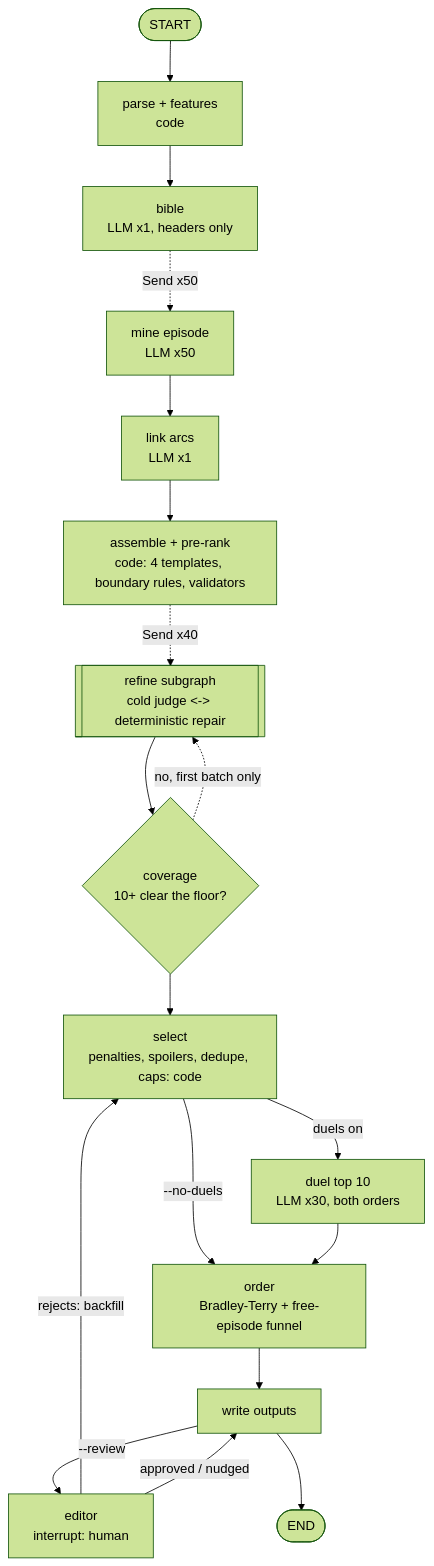
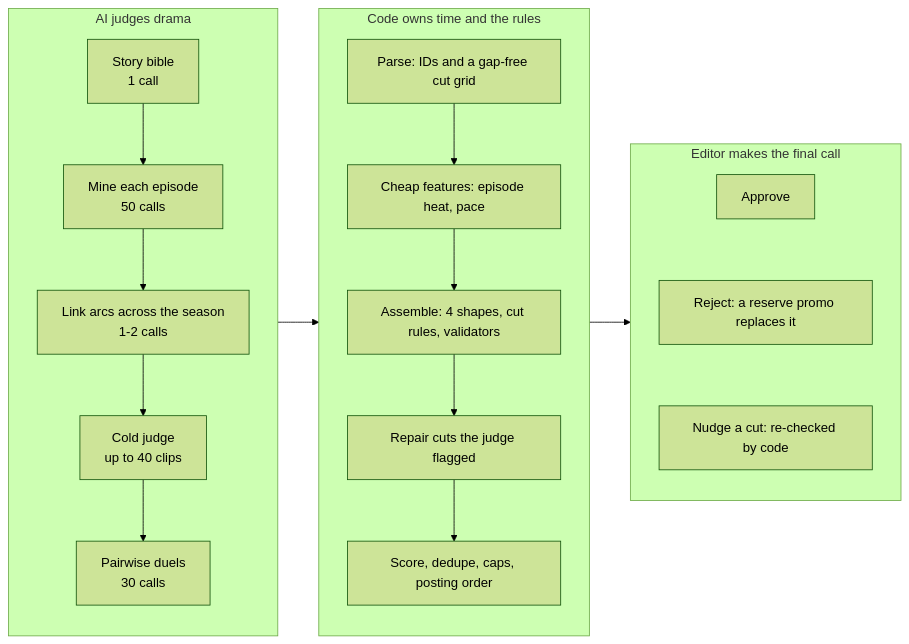
Before and after one commit to rana-jatin/promo-finder: the first of 7 diagrams in README.md, drawn with Mermaid (forest theme). The commit also changed other lines of this file, not shown here.

````diff
--- a/README.md
+++ b/README.md
@@ -95,19 +109,16 @@
 ```mermaid
-flowchart TD
-    S([START]) --> parse["parse + features<br/>code"]
-    parse --> bible["bible<br/>LLM x1, headers only"]
-    bible -.->|"Send x50"| mine["mine episode<br/>LLM x50"]
-    mine --> link["link arcs<br/>LLM x1"]
-    link --> assemble["assemble + pre-rank<br/>code: 4 templates, boundary rules, validators"]
-    assemble -.->|"Send x40"| refine[["refine subgraph<br/>cold judge <-> deterministic repair"]]
-    refine --> coverage{"coverage<br/>10+ clear the floor?"}
-    coverage -.->|"no, first batch only"| refine
-    coverage --> select["select<br/>penalties, spoilers, dedupe, caps: code"]
-    select -->|duels on| duel["duel top 10<br/>LLM x30, both orders"]
-    select -->|--no-duels| order["order<br/>Bradley-Terry + free-episode funnel"]
-    duel --> order --> write["write outputs"]
-    write -->|--review| editor["editor<br/>interrupt: human"]
-    editor -->|rejects: backfill| select
-    editor -->|approved / nudged| write
-    write --> E([END])
+flowchart LR
+    subgraph AI["AI judges drama"]
+        direction TB
+        a1["Story bible<br/>1 call"] --> a2["Mine each episode<br/>50 calls"] --> a3["Link arcs across the season<br/>1-2 calls"] --> a4["Cold judge<br/>up to 40 clips"] --> a5["Pairwise duels<br/>30 calls"]
+    end
+    subgraph CODE["Code owns time and the rules"]
+        direction TB
+        c1["Parse: IDs and a gap-free cut grid"] --> c2["Cheap features: episode heat, pace"] --> c3["Assemble: 4 shapes, cut rules, validators"] --> c4["Repair cuts the judge flagged"] --> c5["Score, dedupe, caps, posting order"]
+    end
+    subgraph HUMAN["Editor makes the final call"]
+        direction TB
+        h1["Approve"] ~~~ h2["Reject: a reserve promo replaces it"] ~~~ h3["Nudge a cut: re-checked by code"]
+    end
+    AI --> CODE --> HUMAN
 ```
````
